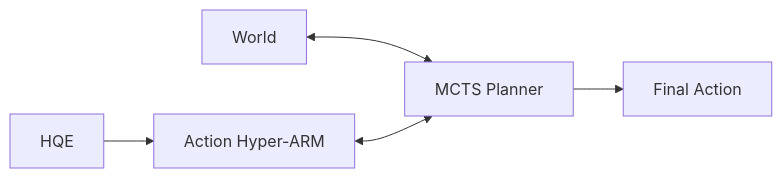
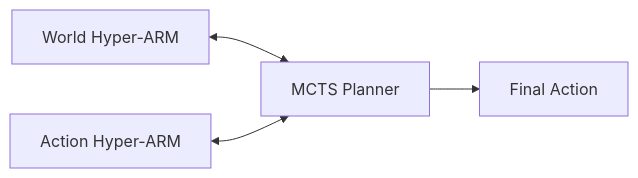
The diagram in README.md (streamlineddesigns/Hyper-ARM-Hypernetwork-Associative-Recall-Memory), drawn with Mermaid before and after one commit.

````diff
--- a/README.md
+++ b/README.md
@@ -44,7 +44,8 @@
 ```mermaid
 flowchart LR
-    HQE --> Action["Action Hyper-ARM"]
+    World["World Hyper-ARM"]
+    Action["Action Hyper-ARM"]
     World <--> MCTS["MCTS Planner"]
     Action <--> MCTS
     MCTS --> Output["Final Action"]
 ```
````
